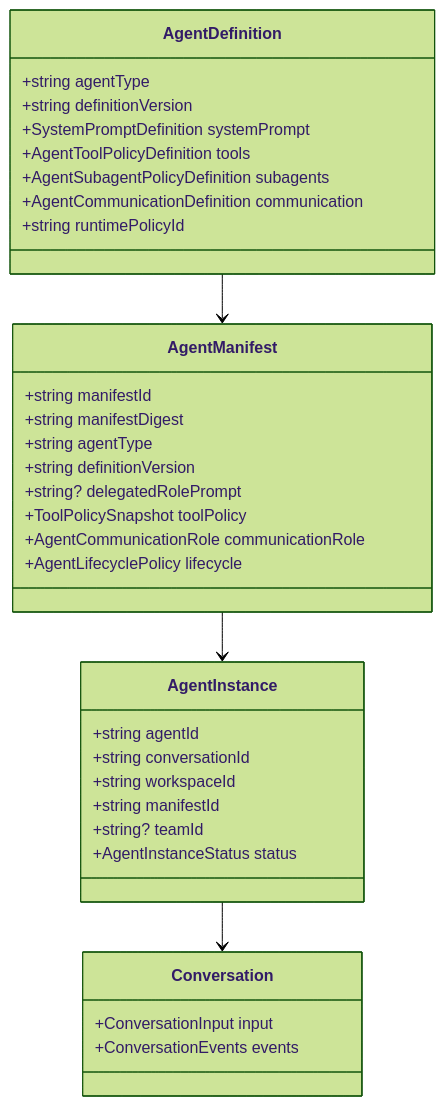
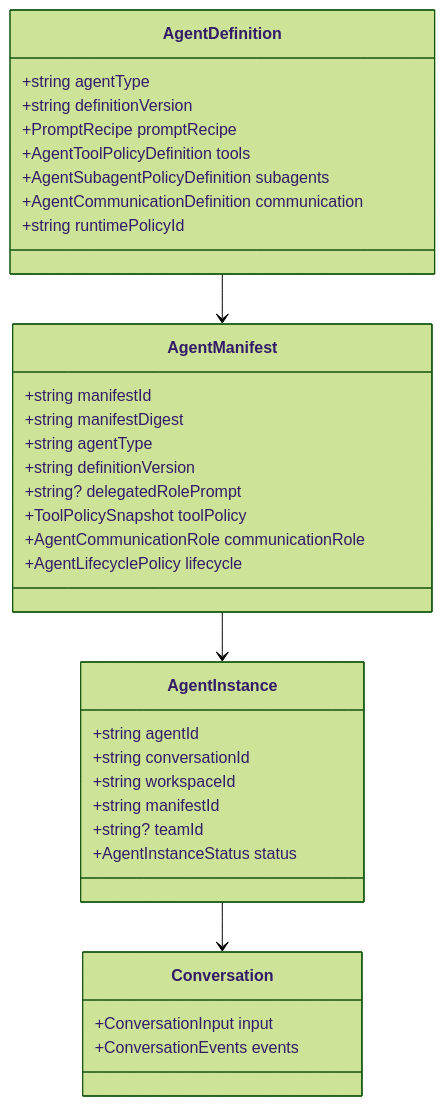
One commit to fanghuarunbalala/nova-writing changed the first of 3 diagrams in docs/agent-orchestration.md. Above: the diagram before and after it, drawn with Mermaid (forest theme). The commit also changed other lines of this file and 24 other files, not shown here.

````diff
--- a/docs/agent-orchestration.md
+++ b/docs/agent-orchestration.md
@@ -70,41 +70,41 @@
 ```mermaid
 classDiagram
     class AgentDefinition {
         +string agentType
         +string definitionVersion
-        +SystemPromptDefinition systemPrompt
+        +PromptRecipe promptRecipe
         +AgentToolPolicyDefinition tools
         +AgentSubagentPolicyDefinition subagents
         +AgentCommunicationDefinition communication
         +string runtimePolicyId
     }
 
     class AgentManifest {
         +string manifestId
         +string manifestDigest
         +string agentType
         +string definitionVersion
         +string? delegatedRolePrompt
         +ToolPolicySnapshot toolPolicy
         +AgentCommunicationRole communicationRole
         +AgentLifecyclePolicy lifecycle
     }
 
     class AgentInstance {
         +string agentId
         +string conversationId
         +string workspaceId
         +string manifestId
         +string? teamId
         +AgentInstanceStatus status
     }
 
     class Conversation {
         +ConversationInput input
         +ConversationEvents events
     }
 
     AgentDefinition --> AgentManifest
     AgentManifest --> AgentInstance
     AgentInstance --> Conversation
 ```
````
